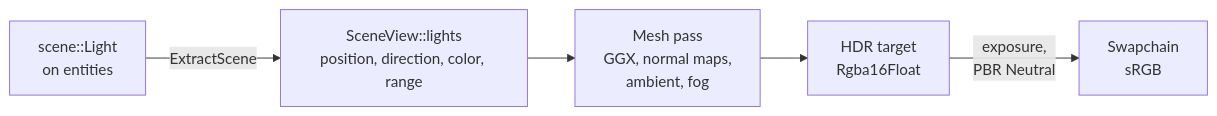
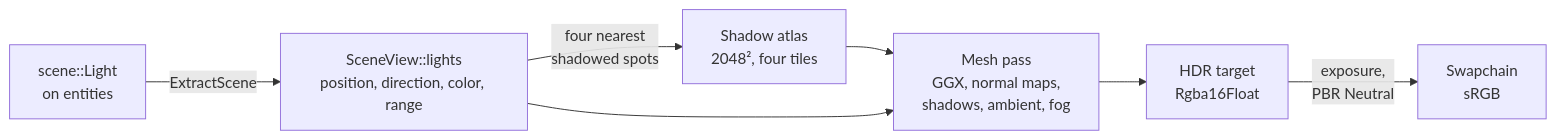
One commit to SBXdev3D/daidalos-engine-next changed the eighth of 8 diagrams in docs/ARCHITECTURE.md. Above: the diagram before and after it, drawn with Mermaid. The commit also changed other lines of this file and 5 other files, not shown here.

````diff
--- a/docs/ARCHITECTURE.md
+++ b/docs/ARCHITECTURE.md
@@ -167,7 +168,9 @@
 ```mermaid
 flowchart LR
     E["scene::Light<br/>on entities"] -->|"ExtractScene"| L["SceneView::lights<br/>position, direction, color, range"]
-    L --> M["Mesh pass<br/>GGX, normal maps,<br/>ambient, fog"]
+    L -->|"four nearest<br/>shadowed spots"| SM["Shadow atlas<br/>2048², four tiles"]
+    SM --> M
+    L --> M["Mesh pass<br/>GGX, normal maps,<br/>shadows, ambient, fog"]
     M --> H["HDR target<br/>Rgba16Float"]
     H -->|"exposure,<br/>PBR Neutral"| S["Swapchain<br/>sRGB"]
 ```
````
